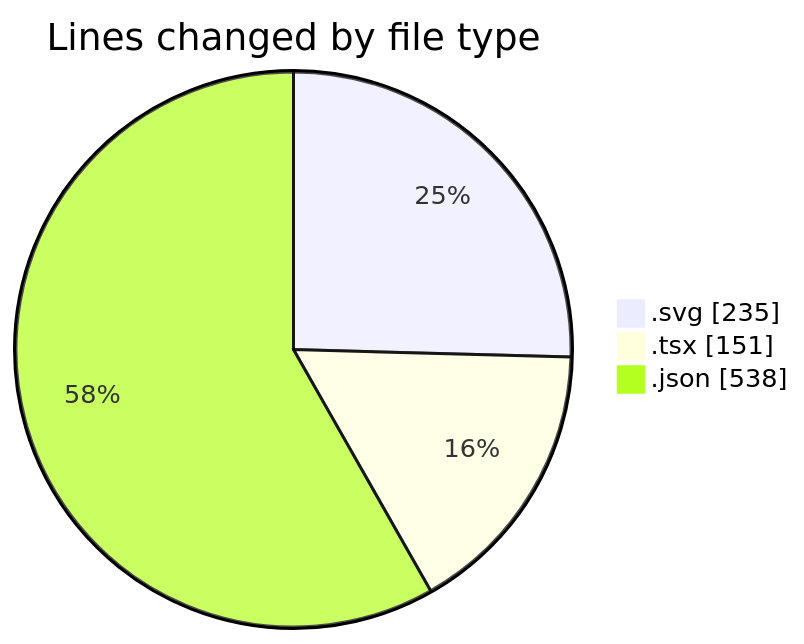
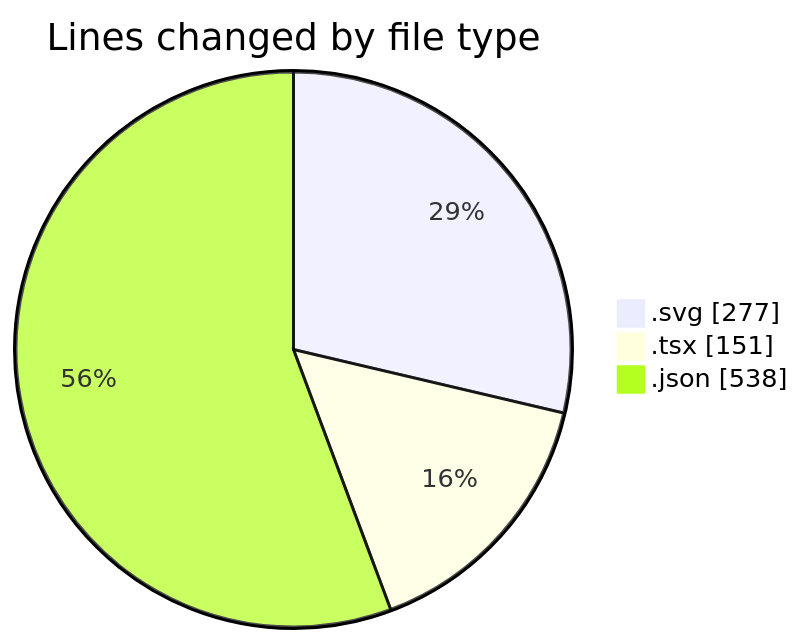
One commit to EIIisD/code-tracking changed the first of 2 diagrams in 2025-08-06/tw-server/README.md. Above: the diagram before and after it, drawn with Mermaid. The commit also changed other lines of this file and 1 other file, not shown here.

````diff
--- a/2025-08-06/tw-server/README.md
+++ b/2025-08-06/tw-server/README.md
@@ -24,7 +25,7 @@
 ```mermaid
 pie showData
 title Lines changed by file type
-".svg" : 235
+".svg" : 277
 ".tsx" : 151
 ".json" : 538
 ```
````
